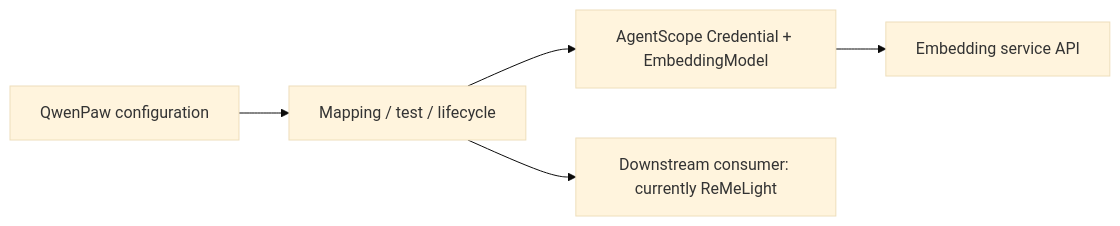
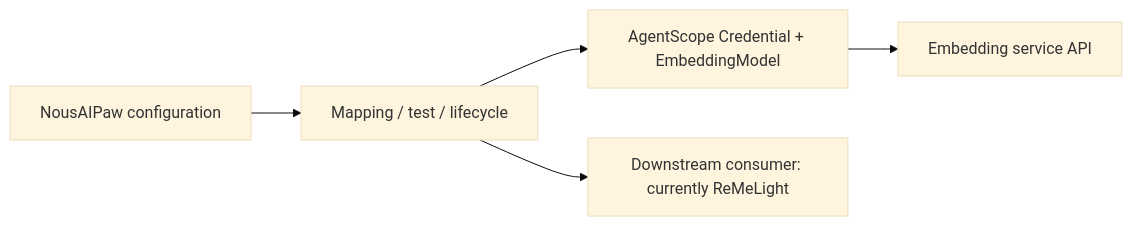
The first of 2 diagrams in website/public/docs/embedding.en.md (uaixo/awesome-NousAI-PAW), drawn with Mermaid (base theme) before and after one commit. The commit also changed other lines of this file and 7 other files, not shown here.

````diff
--- a/website/public/docs/embedding.en.md
+++ b/website/public/docs/embedding.en.md
@@ -24,7 +24,7 @@
 ```mermaid
 graph LR
-    UI[QwenPaw configuration] --> Adapter[Mapping / test / lifecycle]
+    UI[NousAIPaw configuration] --> Adapter[Mapping / test / lifecycle]
     Adapter --> AS[AgentScope Credential + EmbeddingModel]
     AS --> Provider[Embedding service API]
     Adapter --> Consumer[Downstream consumer: currently ReMeLight]
 ```
````
